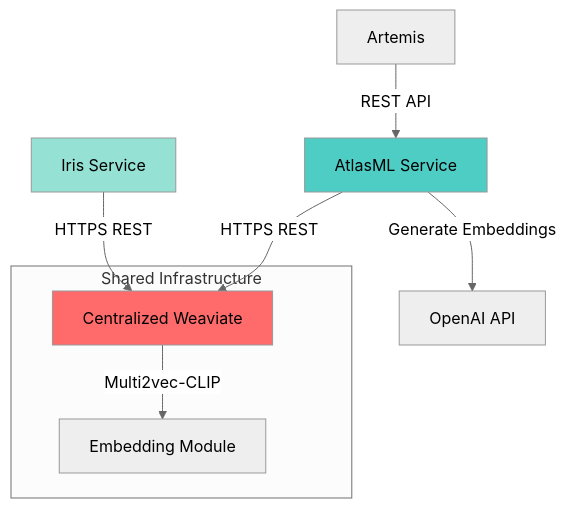
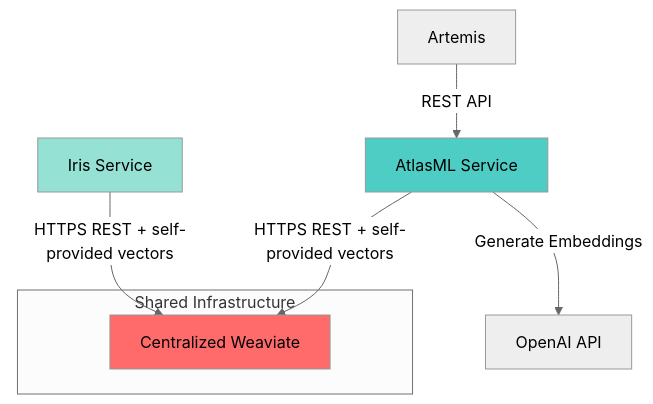
The diagram in atlas/docs/docs/admin/atlasml-overview.md (ls1intum/edutelligence), drawn with Mermaid (neutral theme) before and after one commit. The commit also changed other lines of this file and 3 other files, not shown here.

First line of the commit message:
docs: remove vestigial multi2vec-clip references; reflect self-provided vectors and 1.37.9

````diff
--- a/atlas/docs/docs/admin/atlasml-overview.md
+++ b/atlas/docs/docs/admin/atlasml-overview.md
@@ -51,18 +51,15 @@
 ```mermaid
 graph TB
     A[Artemis] -->|REST API| B[AtlasML Service]
-    B -->|HTTPS REST| C[Centralized Weaviate]
+    B -->|HTTPS REST + self-provided vectors| C[Centralized Weaviate]
     B -->|Generate Embeddings| D[OpenAI API]
-    E[Iris Service] -->|HTTPS REST| C
-
-    C -->|Multi2vec-CLIP| F[Embedding Module]
+    E[Iris Service] -->|HTTPS REST + self-provided vectors| C
 
     subgraph "Shared Infrastructure"
     C
-    F
     end
 
     style B fill:#4ECDC4
     style C fill:#FF6B6B
     style E fill:#95E1D3
 ```
````
